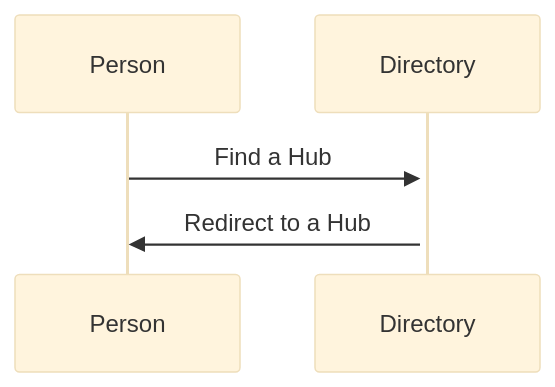
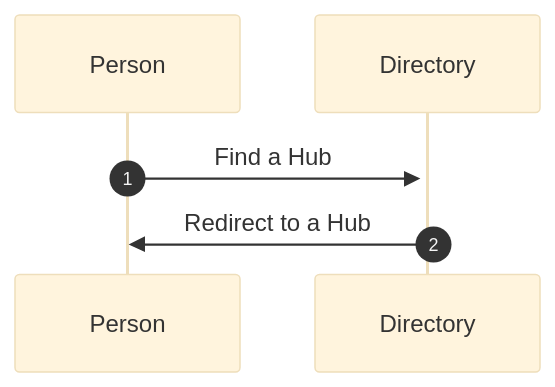
One commit to czrpb/Mentoring changed the diagram in topics/documentation/drps/docs/README.md. Above: the diagram before and after it, drawn with Mermaid (base theme).

````diff
--- a/topics/documentation/drps/docs/README.md
+++ b/topics/documentation/drps/docs/README.md
@@ -112,5 +112,6 @@
 ```mermaid
 sequenceDiagram
+  autonumber
   Person->>+Directory: Find a Hub
   Directory->>Person: Redirect to a Hub
 ```
````
